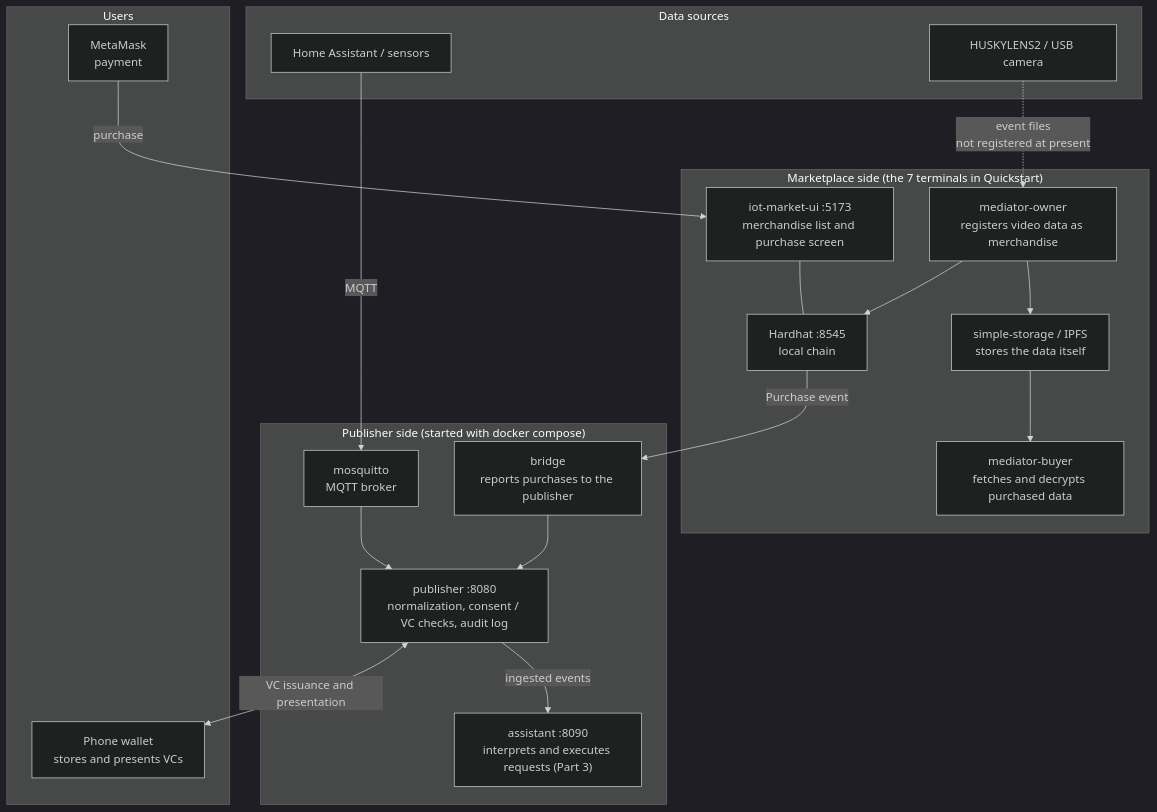
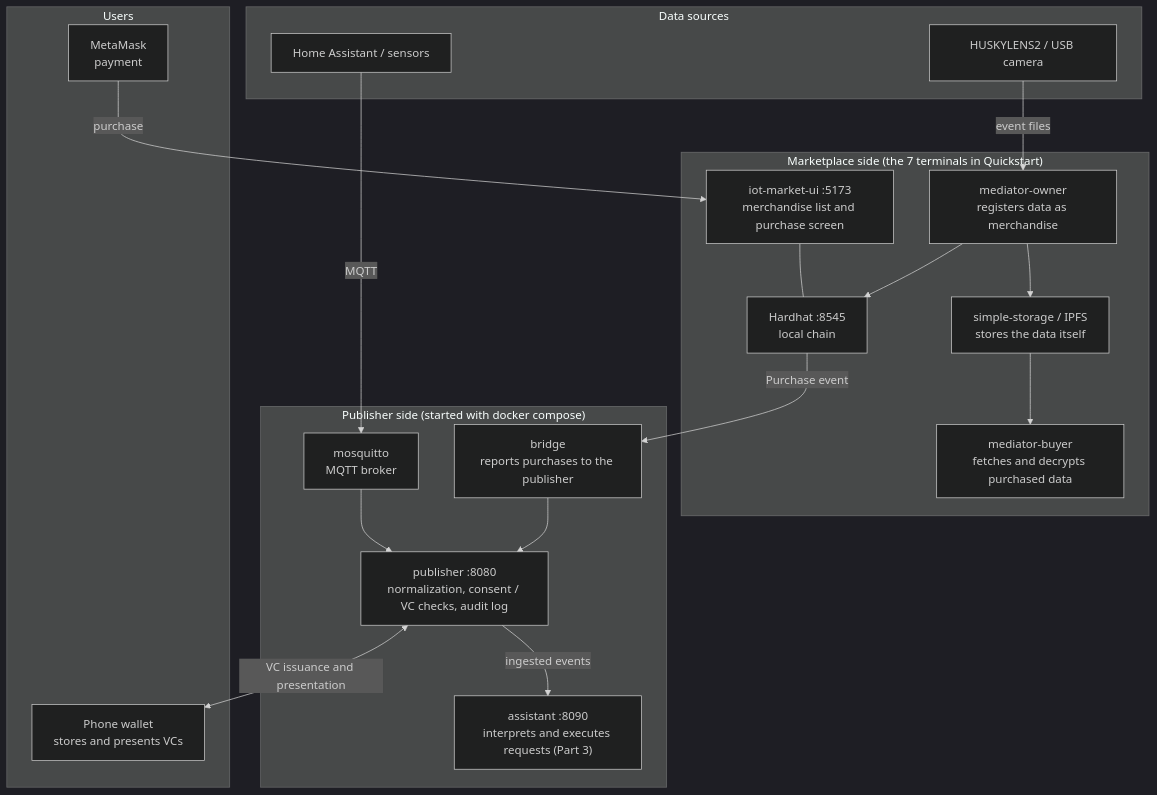
The diagram in docs/index.en.md (ertlnagoya/iw3ip.github.io), drawn with Mermaid (dark theme) before and after one commit. The commit also changed 17 other files, not shown here.

````diff
--- a/docs/index.en.md
+++ b/docs/index.en.md
@@ -41,34 +41,34 @@
 ```mermaid
 flowchart TB
   subgraph DEV["Data sources"]
     HA["Home Assistant / sensors"]
     CAM["HUSKYLENS2 / USB camera"]
   end
   subgraph PUB["Publisher side (started with docker compose)"]
     MQ["mosquitto<br/>MQTT broker"]
     P["publisher :8080<br/>normalization, consent / VC checks, audit log"]
     BR["bridge<br/>reports purchases to the publisher"]
     AS["assistant :8090<br/>interprets and executes requests (Part 3)"]
   end
   subgraph MKT["Marketplace side (the 7 terminals in Quickstart)"]
-    MO["mediator-owner<br/>registers video data as merchandise"]
+    MO["mediator-owner<br/>registers data as merchandise"]
     HH["Hardhat :8545<br/>local chain"]
     ST["simple-storage / IPFS<br/>stores the data itself"]
     UI["iot-market-ui :5173<br/>merchandise list and purchase screen"]
     MB["mediator-buyer<br/>fetches and decrypts purchased data"]
   end
   subgraph USER["Users"]
     MM["MetaMask<br/>payment"]
     W["Phone wallet<br/>stores and presents VCs"]
   end
   HA -->|MQTT| MQ --> P
-  CAM -.->|event files<br/>not registered at present| MO
+  CAM -->|event files| MO
   MO --> HH
   MO --> ST
   UI --- HH
   MM -->|purchase| UI
   ST --> MB
   HH -->|Purchase event| BR --> P
   P <-->|VC issuance and presentation| W
   P -->|ingested events| AS
 ```
````
